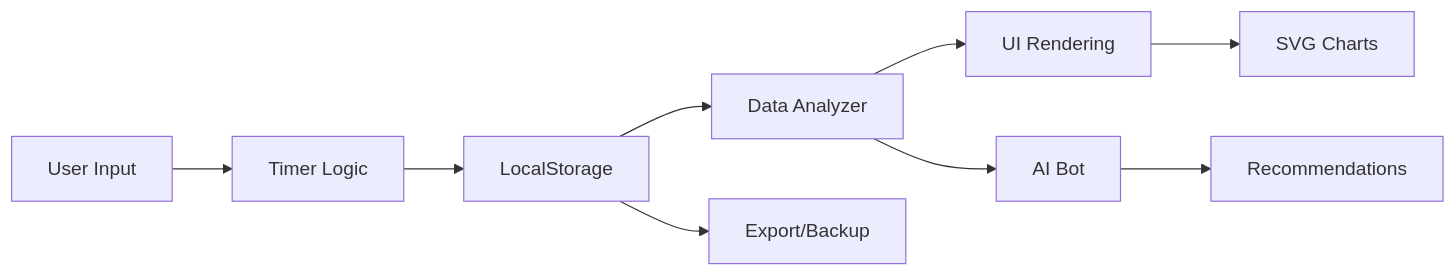
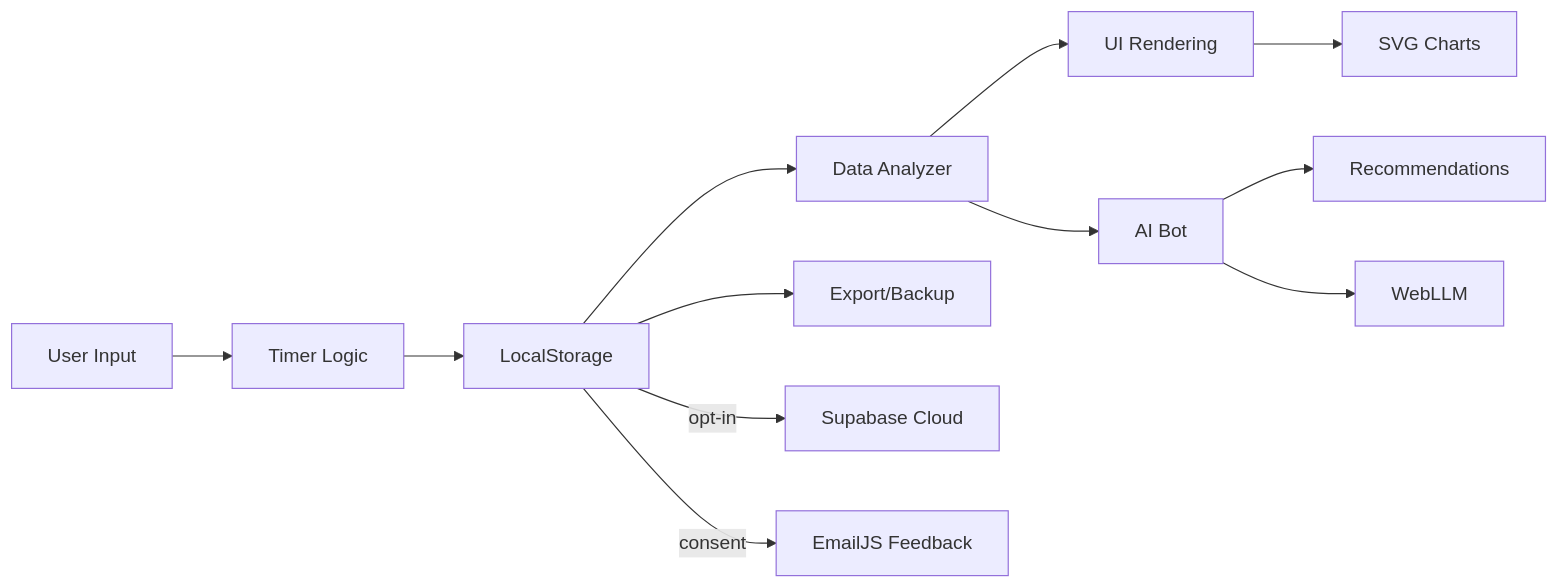
One commit to TechNova-App-Team/MyWorkLog changed the diagram in README.md. Above: the diagram before and after it, drawn with Mermaid. The commit also changed other lines of this file, not shown here.

````diff
--- a/README.md
+++ b/README.md
@@ -405,11 +437,14 @@
 ```mermaid
 graph LR
     A[User Input] --> B[Timer Logic]
     B --> C[LocalStorage]
     C --> D[Data Analyzer]
     D --> E[UI Rendering]
     D --> F[AI Bot]
     F --> G[Recommendations]
+    F --> L[WebLLM]
     E --> H[SVG Charts]
     C --> I[Export/Backup]
+    C -->|opt-in| J[Supabase Cloud]
+    C -->|consent| K[EmailJS Feedback]
 ```
````
